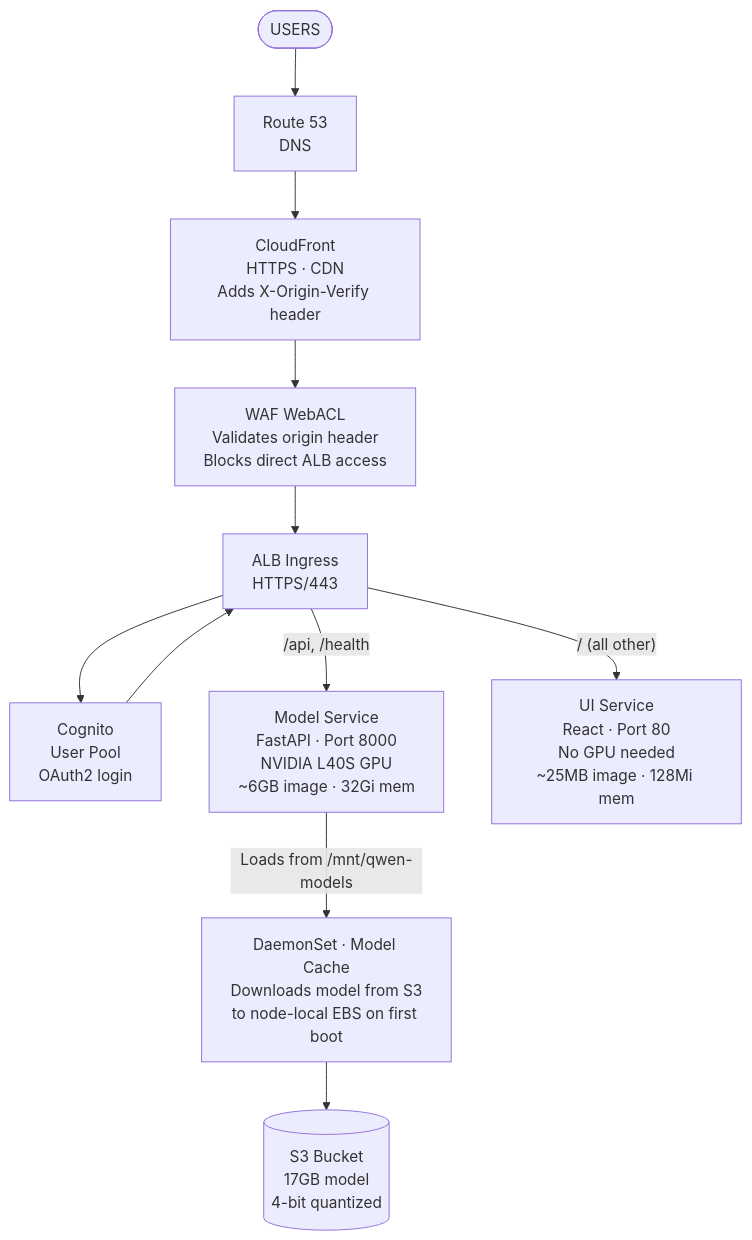
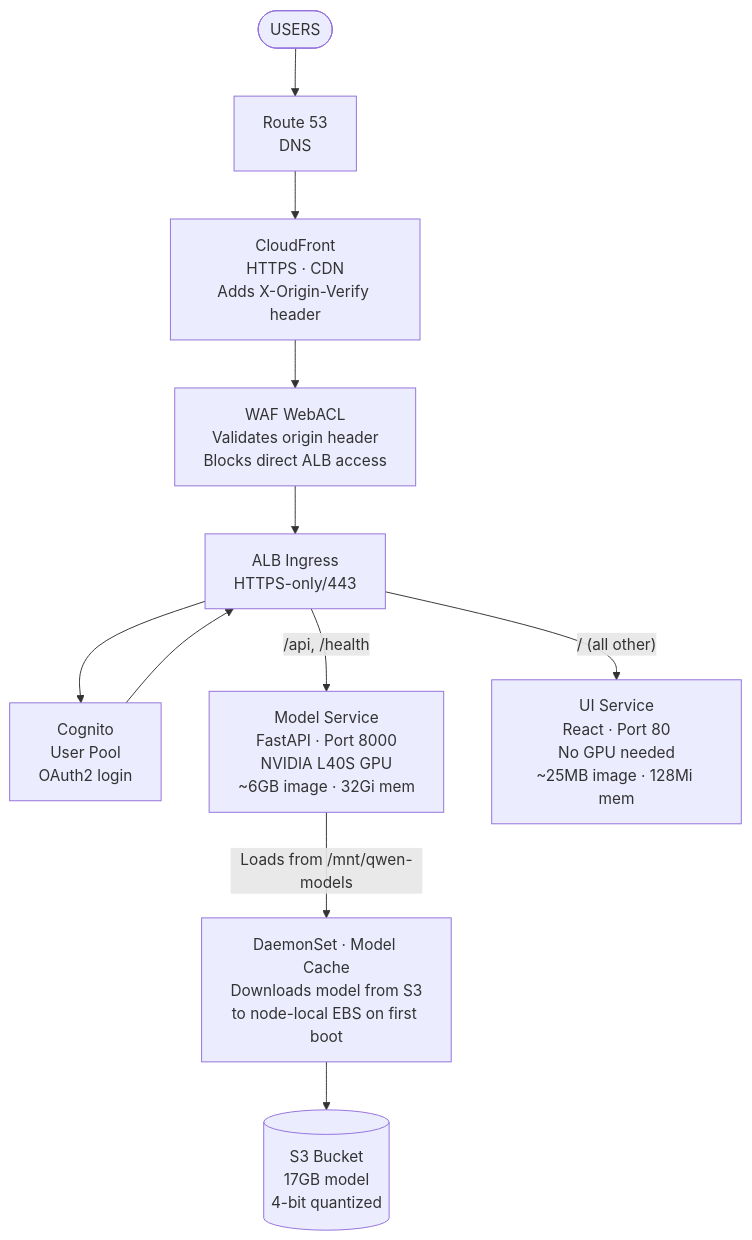
One commit to garystafford/qwen-image-edit-2511-eks-react changed the first of 5 diagrams in README.md. Above: the diagram before and after it, drawn with Mermaid. The commit also changed other lines of this file and 7 other files, not shown here.

````diff
--- a/README.md
+++ b/README.md
@@ -9,16 +9,16 @@
 ```mermaid
 graph TD
     Users(["USERS"]) --> R53["Route 53<br/>DNS"]
     R53 --> CF["CloudFront<br/>HTTPS · CDN<br/>Adds X-Origin-Verify header"]
     CF --> WAF["WAF WebACL<br/>Validates origin header<br/>Blocks direct ALB access"]
-    WAF --> ALB["ALB Ingress<br/>HTTPS/443"]
+    WAF --> ALB["ALB Ingress<br/>HTTPS-only/443"]
     ALB --> Cognito["Cognito<br/>User Pool<br/>OAuth2 login"]
     Cognito --> ALB
 
     ALB -- "/api, /health" --> Model["Model Service<br/>FastAPI · Port 8000<br/>NVIDIA L40S GPU<br/>~6GB image · 32Gi mem"]
     ALB -- "/ (all other)" --> UI["UI Service<br/>React · Port 80<br/>No GPU needed<br/>~25MB image · 128Mi mem"]
 
     Model -- "Loads from /mnt/qwen-models" --> DS["DaemonSet · Model Cache<br/>Downloads model from S3<br/>to node-local EBS on first boot"]
 
     DS --> S3[("S3 Bucket<br/>17GB model<br/>4-bit quantized")]
 ```
````
